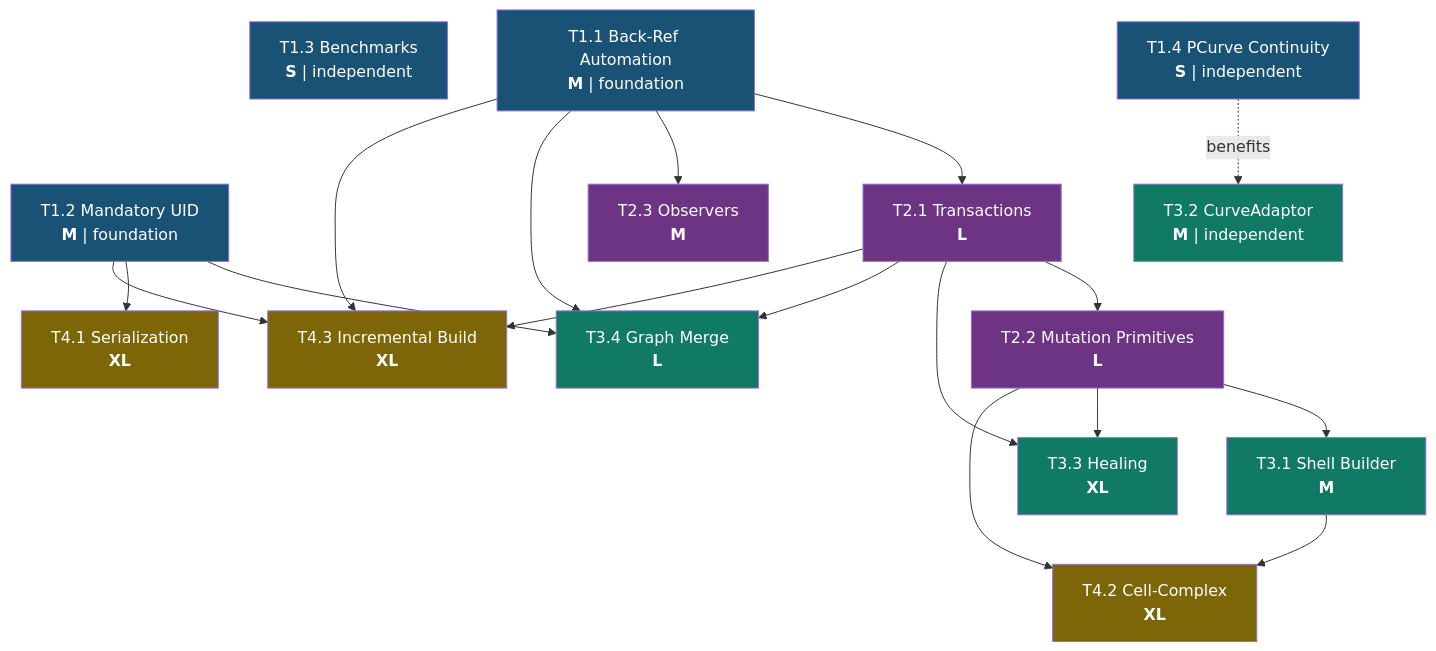
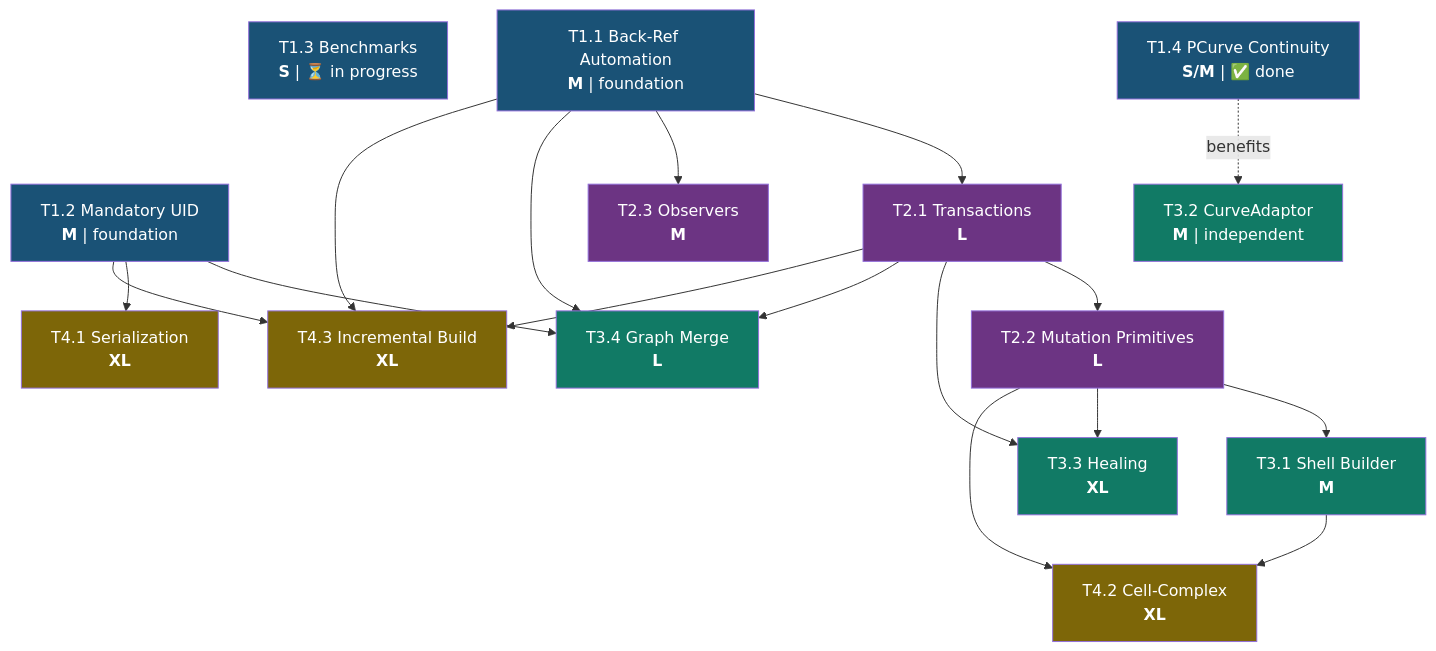
One commit to Open-Cascade-SAS/OCCT changed the third of 10 diagrams in src/ModelingData/TKBRep/BRepGraph/TODO.md. Above: the diagram before and after it, drawn with Mermaid. The commit also changed other lines of this file and 18 other files, not shown here.

````diff
--- a/src/ModelingData/TKBRep/BRepGraph/TODO.md
+++ b/src/ModelingData/TKBRep/BRepGraph/TODO.md
@@ -114,49 +114,49 @@
 ```mermaid
 graph TD
-    T1_3["T1.3 Benchmarks<br/><b>S</b> | independent"]
-    T1_4["T1.4 PCurve Continuity<br/><b>S</b> | independent"]
+    T1_3["T1.3 Benchmarks<br/><b>S</b> | ⏳ in progress"]
+    T1_4["T1.4 PCurve Continuity<br/><b>S/M</b> | ✅ done"]
     T1_1["T1.1 Back-Ref Automation<br/><b>M</b> | foundation"]
     T1_2["T1.2 Mandatory UID<br/><b>M</b> | foundation"]
     T2_1["T2.1 Transactions<br/><b>L</b>"]
     T2_2["T2.2 Mutation Primitives<br/><b>L</b>"]
     T2_3["T2.3 Observers<br/><b>M</b>"]
     T3_1["T3.1 Shell Builder<br/><b>M</b>"]
     T3_2["T3.2 CurveAdaptor<br/><b>M</b> | independent"]
     T3_3["T3.3 Healing<br/><b>XL</b>"]
     T3_4["T3.4 Graph Merge<br/><b>L</b>"]
     T4_1["T4.1 Serialization<br/><b>XL</b>"]
     T4_2["T4.2 Cell-Complex<br/><b>XL</b>"]
     T4_3["T4.3 Incremental Build<br/><b>XL</b>"]
 
     T1_1 --> T2_1
     T1_1 --> T2_3
     T2_1 --> T2_2
     T2_2 --> T3_1
     T2_1 --> T3_3
     T2_2 --> T3_3
     T2_1 --> T3_4
     T1_1 --> T3_4
     T1_2 --> T3_4
     T1_2 --> T4_1
     T3_1 --> T4_2
     T2_2 --> T4_2
     T1_1 --> T4_3
     T1_2 --> T4_3
     T2_1 --> T4_3
     T1_4 -.->|benefits| T3_2
 
     style T1_1 fill:#1a5276,color:#fff
     style T1_2 fill:#1a5276,color:#fff
     style T1_3 fill:#1a5276,color:#fff
     style T1_4 fill:#1a5276,color:#fff
     style T2_1 fill:#6c3483,color:#fff
     style T2_2 fill:#6c3483,color:#fff
     style T2_3 fill:#6c3483,color:#fff
     style T3_1 fill:#117a65,color:#fff
     style T3_2 fill:#117a65,color:#fff
     style T3_3 fill:#117a65,color:#fff
     style T3_4 fill:#117a65,color:#fff
     style T4_1 fill:#7d6608,color:#fff
     style T4_2 fill:#7d6608,color:#fff
     style T4_3 fill:#7d6608,color:#fff
 ```
````
